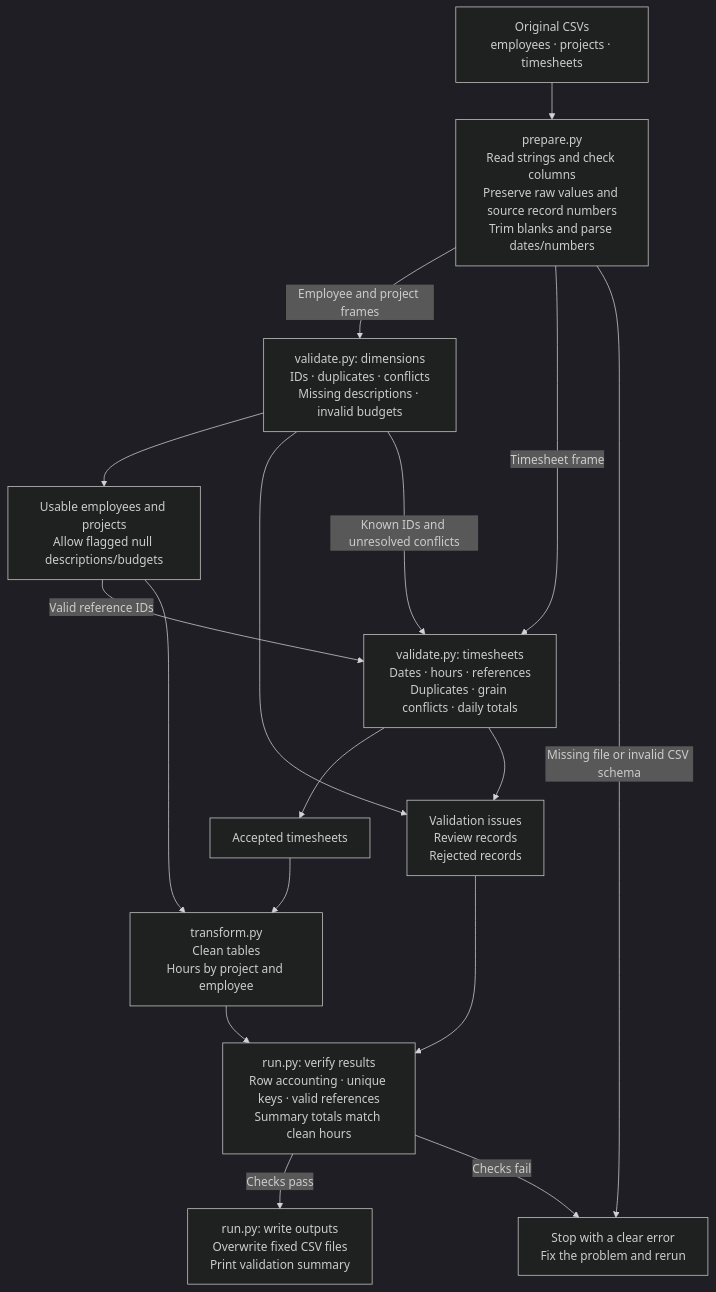
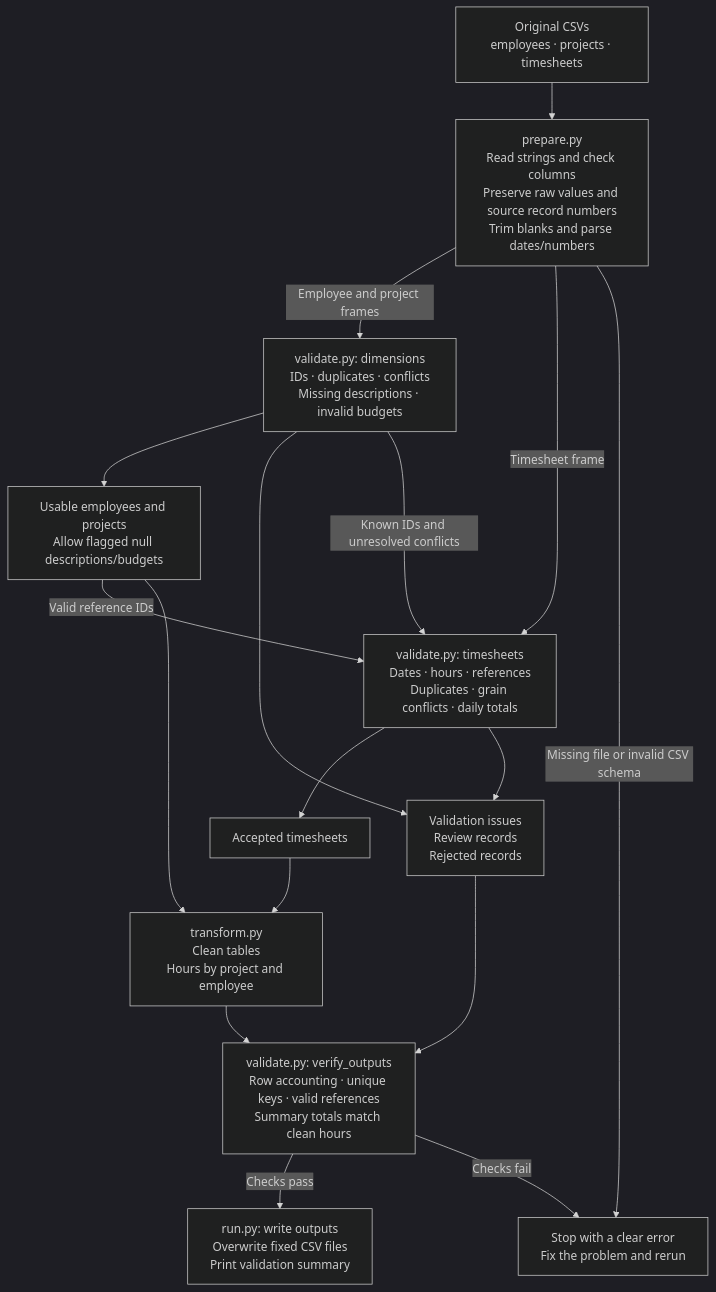
Before and after one commit to iraklisp98/alma_pipeline: the first of 2 diagrams in diagram.md, drawn with Mermaid (dark theme). The commit also changed other lines of this file and 2 other files, not shown here.

````diff
--- a/diagram.md
+++ b/diagram.md
@@ -5,31 +5,31 @@
 ```mermaid
 flowchart TD
     INPUT["Original CSVs<br/>employees · projects · timesheets"]
     PREP["prepare.py<br/>Read strings and check columns<br/>Preserve raw values and source record numbers<br/>Trim blanks and parse dates/numbers"]
     DIM["validate.py: dimensions<br/>IDs · duplicates · conflicts<br/>Missing descriptions · invalid budgets"]
     DIMCLEAN["Usable employees and projects<br/>Allow flagged null descriptions/budgets"]
     TIME["validate.py: timesheets<br/>Dates · hours · references<br/>Duplicates · grain conflicts · daily totals"]
     VALID["Accepted timesheets"]
     AUDIT["Validation issues<br/>Review records<br/>Rejected records"]
     TRANSFORM["transform.py<br/>Clean tables<br/>Hours by project and employee"]
-    CHECK["run.py: verify results<br/>Row accounting · unique keys · valid references<br/>Summary totals match clean hours"]
+    CHECK["validate.py: verify_outputs<br/>Row accounting · unique keys · valid references<br/>Summary totals match clean hours"]
     OUTPUT["run.py: write outputs<br/>Overwrite fixed CSV files<br/>Print validation summary"]
     ERROR["Stop with a clear error<br/>Fix the problem and rerun"]
 
     INPUT --> PREP
     PREP -->|"Employee and project frames"| DIM
     PREP -->|"Timesheet frame"| TIME
     PREP -->|"Missing file or invalid CSV schema"| ERROR
     DIM --> DIMCLEAN
     DIM --> AUDIT
     DIMCLEAN -->|"Valid reference IDs"| TIME
     DIM -->|"Known IDs and unresolved conflicts"| TIME
     TIME --> VALID
     TIME --> AUDIT
     DIMCLEAN --> TRANSFORM
     VALID --> TRANSFORM
     TRANSFORM --> CHECK
     AUDIT --> CHECK
     CHECK -->|"Checks pass"| OUTPUT
     CHECK -->|"Checks fail"| ERROR
 ```
````
